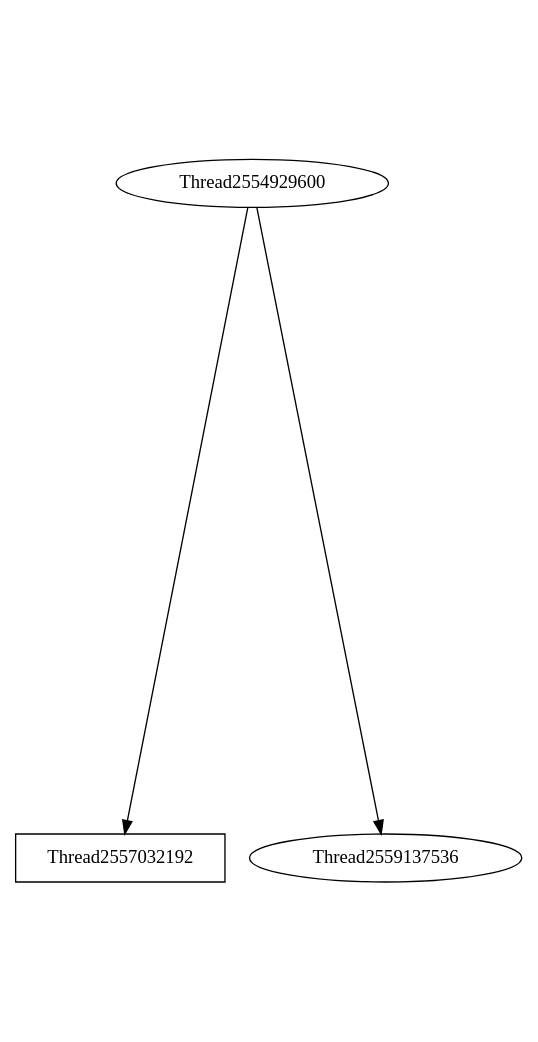
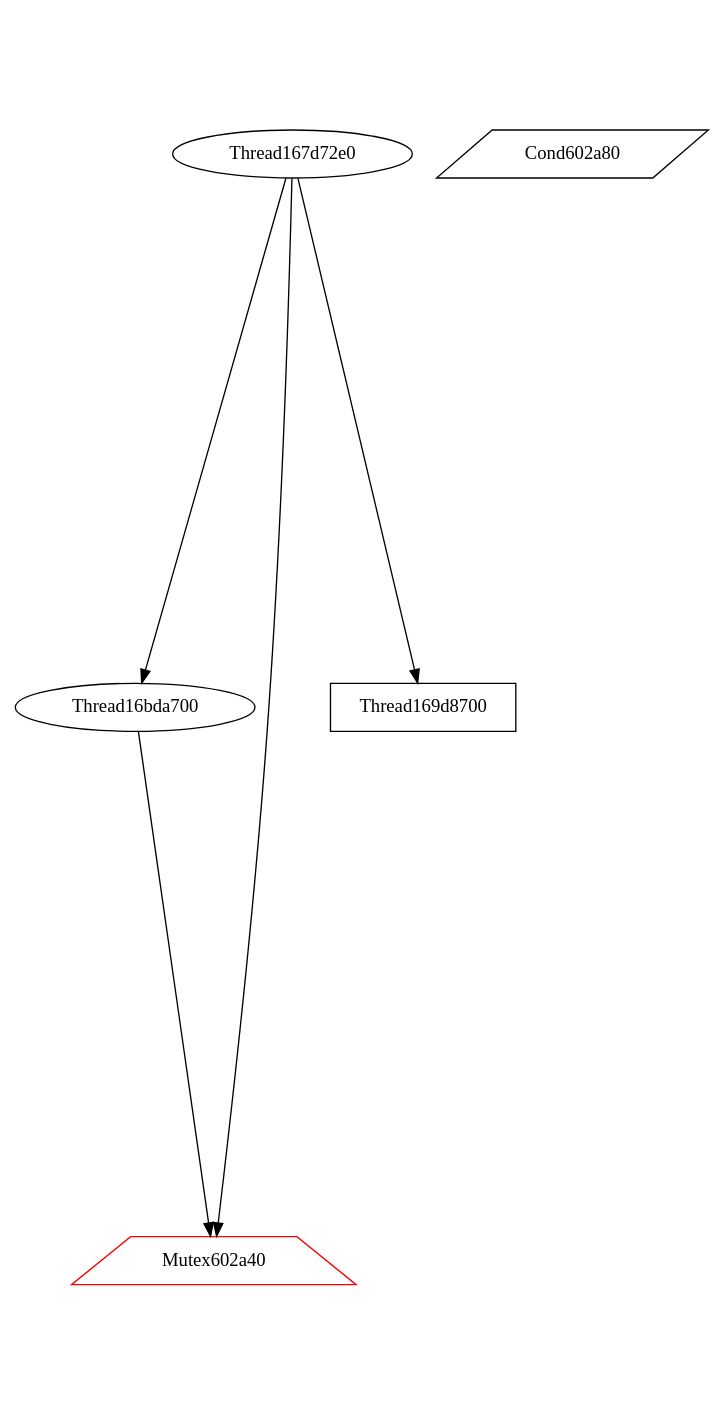
One commit to v4o6/cs410 changed the diagram in view/dot/graph079.dot. Above: the diagram before and after it, drawn with Graphviz. The commit also changed 200 other files, not shown here.

```diff
--- a/view/dot/graph079.dot
+++ b/view/dot/graph079.dot
@@ -1,6 +1,10 @@
 digraph G {
 graph[center=true, ratio=2];
-Thread2554929600 -> Thread2557032192 [arrowhead=normal];
-Thread2554929600 -> Thread2559137536 [arrowhead=normal];
-Thread2557032192 [shape=box,color=black];
+Thread16bda700 -> Mutex602a40 [arrowhead=normal,color=black];
+Mutex602a40 [shape=trapezium,color=red];
+Cond602a80 [shape=parallelogram,color=black];
+Thread169d8700 [shape=box,color=black];
+Thread167d72e0 -> Thread16bda700 [arrowhead=normal];
+Thread167d72e0 -> Mutex602a40 [arrowhead=normal,color=black];
+Thread167d72e0 -> Thread169d8700 [arrowhead=normal];
 }
```
